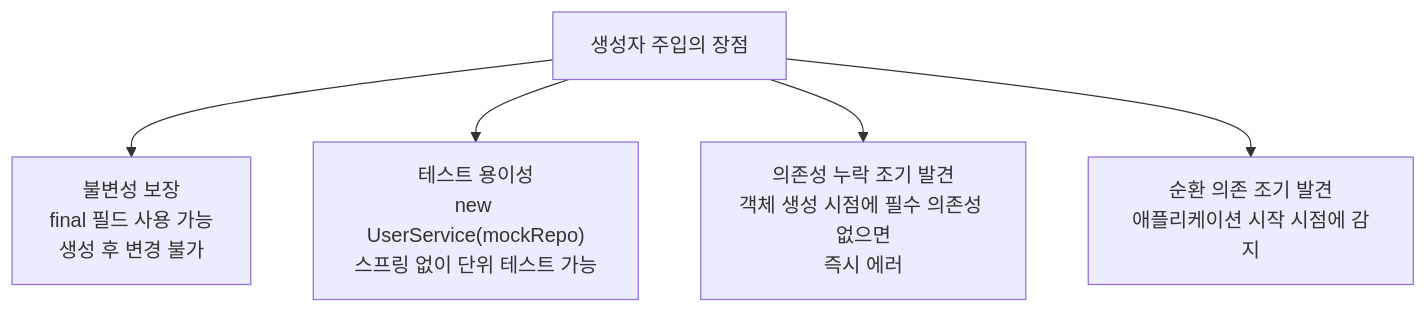
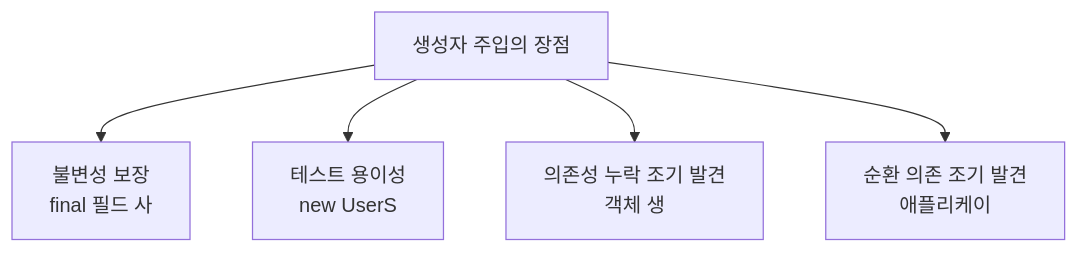
One commit to yjkim2015/yjkim2015.github.io changed the third of 5 diagrams in _posts/spring/2022-06-16-의존관계 주입(DI).md. Above: the diagram before and after it, drawn with Mermaid. The commit also changed other lines of this file and 271 other files, not shown here.

First line of the commit message:
Mermaid 라벨 축소: 긴 노드 텍스트 18자 이하로 트림 + \n 제거

````diff
--- a/_posts/spring/2022-06-16-의존관계 주입(DI).md
+++ b/_posts/spring/2022-06-16-의존관계 주입(DI).md
@@ -98,8 +98,8 @@
 ```mermaid
 graph TD
     CI["생성자 주입의 장점"]
-    CI --> IMM["불변성 보장\nfinal 필드 사용 가능\n생성 후 변경 불가"]
-    CI --> TEST["테스트 용이성\nnew UserService(mockRepo)\n스프링 없이 단위 테스트 가능"]
-    CI --> FAIL["의존성 누락 조기 발견\n객체 생성 시점에 필수 의존성 없으면\n즉시 에러"]
-    CI --> CYCLE["순환 의존 조기 발견\n애플리케이션 시작 시점에 감지"]
+    CI --> IMM["불변성 보장\nfinal 필드 사"]
+    CI --> TEST["테스트 용이성\nnew UserS"]
+    CI --> FAIL["의존성 누락 조기 발견\n객체 생"]
+    CI --> CYCLE["순환 의존 조기 발견\n애플리케이"]
 ```
````
